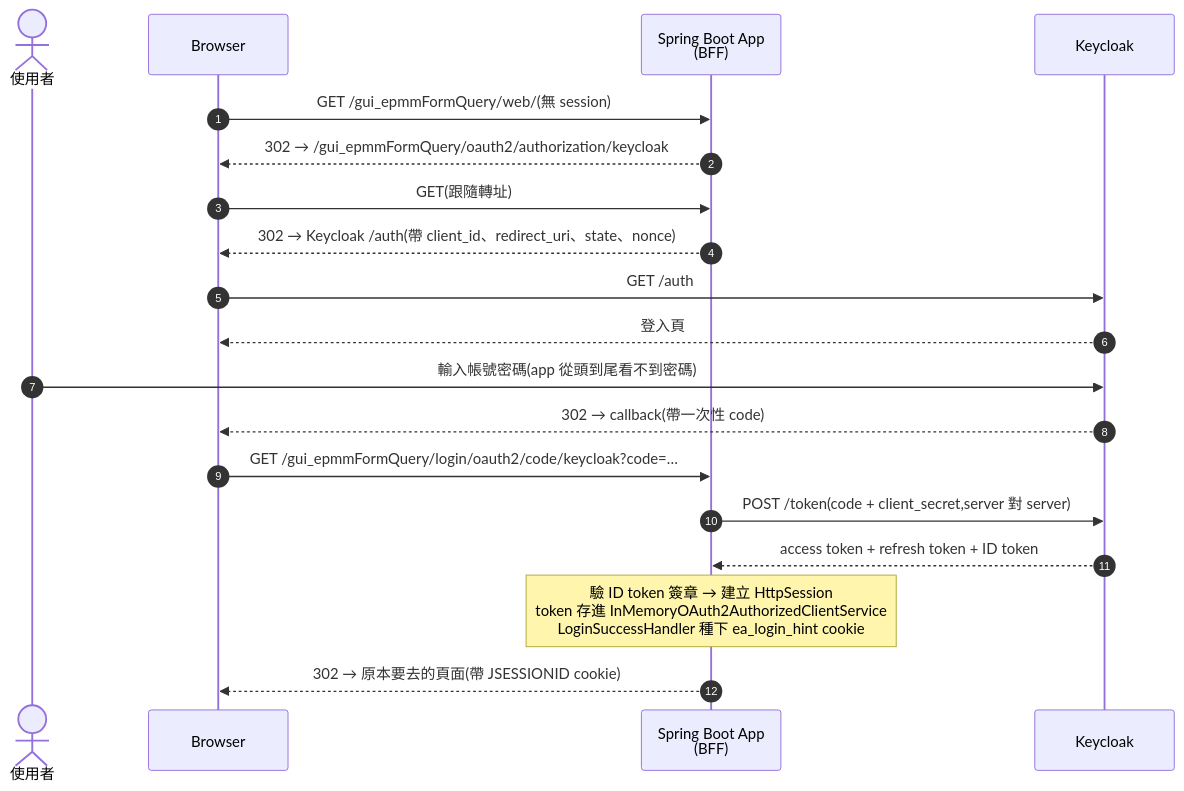
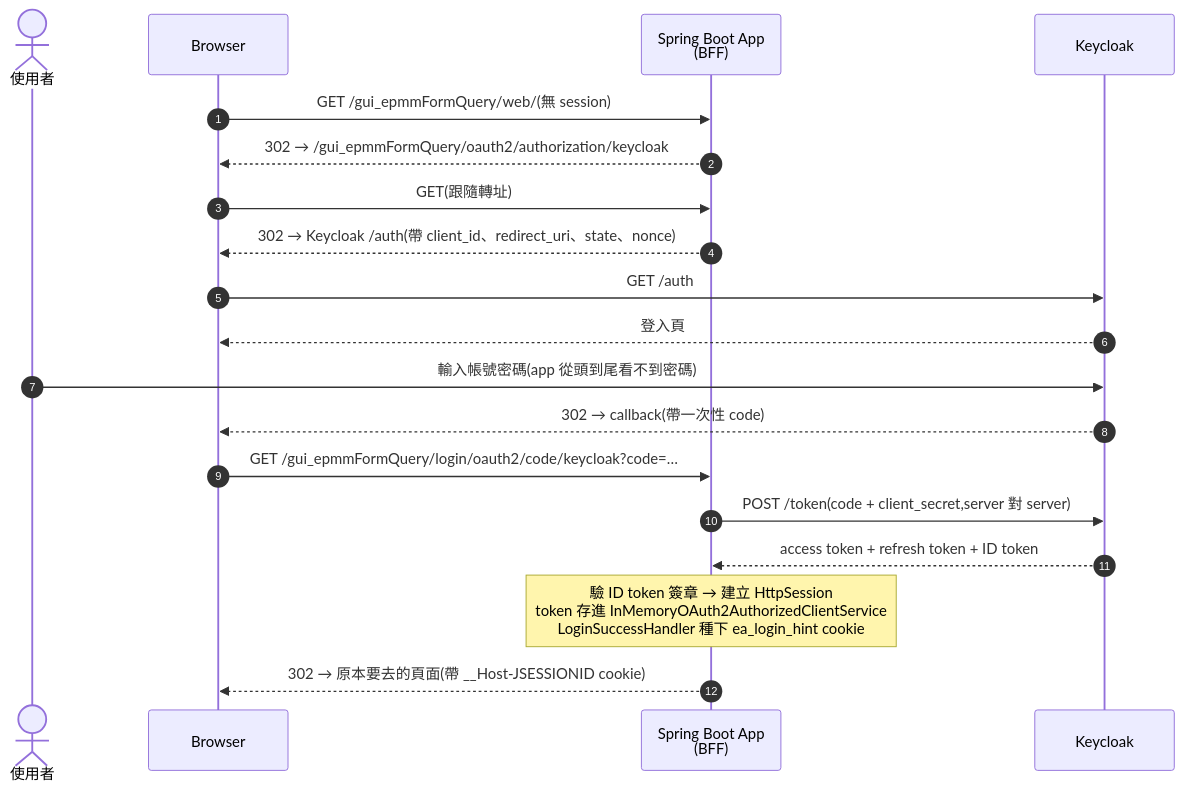
Before and after one commit to leodrew/spring_oauth2_backend: the first of 3 diagrams in docs/oauth2-migration-intro.md, drawn with Mermaid. The commit also changed other lines of this file and 12 other files, not shown here.

````diff
--- a/docs/oauth2-migration-intro.md
+++ b/docs/oauth2-migration-intro.md
@@ -183,22 +183,22 @@
 ```mermaid
 sequenceDiagram
     autonumber
     actor U as 使用者
     participant B as Browser
     participant A as Spring Boot App<br/>(BFF)
     participant K as Keycloak
 
     B->>A: GET /gui_epmmFormQuery/web/(無 session)
     A-->>B: 302 → /gui_epmmFormQuery/oauth2/authorization/keycloak
     B->>A: GET(跟隨轉址)
     A-->>B: 302 → Keycloak /auth(帶 client_id、redirect_uri、state、nonce)
     B->>K: GET /auth
     K-->>B: 登入頁
     U->>K: 輸入帳號密碼(app 從頭到尾看不到密碼)
     K-->>B: 302 → callback(帶一次性 code)
     B->>A: GET /gui_epmmFormQuery/login/oauth2/code/keycloak?code=…
     A->>K: POST /token(code + client_secret,server 對 server)
     K-->>A: access token + refresh token + ID token
     Note over A: 驗 ID token 簽章 → 建立 HttpSession<br/>token 存進 InMemoryOAuth2AuthorizedClientService<br/>LoginSuccessHandler 種下 ea_login_hint cookie
-    A-->>B: 302 → 原本要去的頁面(帶 JSESSIONID cookie)
+    A-->>B: 302 → 原本要去的頁面(帶 __Host-JSESSIONID cookie)
 ```
````
